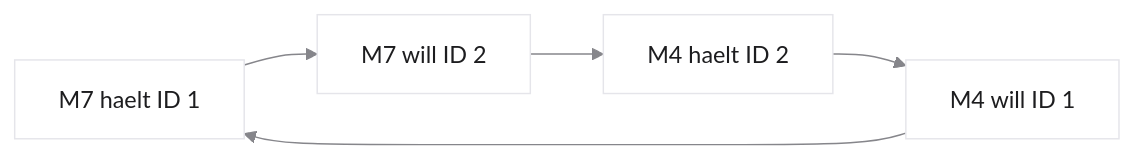
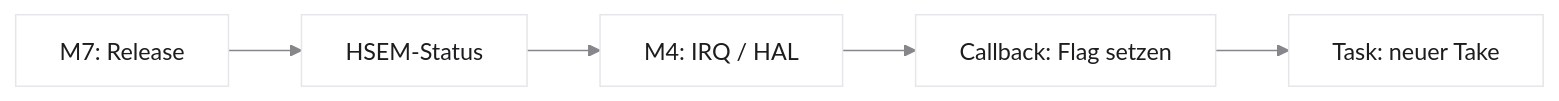
The fourth of 7 diagrams in vorlesungen/08_multicore-synchronisation-safety.qmd (dantschi/echtzeitsysteme), drawn with Mermaid before and after one commit. The commit also changed other lines of this file and 13 other files, not shown here.

````diff
--- a/vorlesungen/08_multicore-synchronisation-safety.qmd
+++ b/vorlesungen/08_multicore-synchronisation-safety.qmd
@@ -424,9 +371,10 @@
 ```{mermaid}
-%%| fig-width: 7.2
-%%{init: {'theme': 'base', 'themeVariables': {'background': '#FFFFFF', 'primaryColor': '#FFFFFF', 'primaryBorderColor': '#E5E5EA', 'primaryTextColor': '#1D1D1F', 'lineColor': '#86868B'}}}%%
+%%| fig-width: 5.4
+%%{init: {'theme':'base','htmlLabels':false,'flowchart':{'htmlLabels':false},'themeVariables':{'background':'#FFFFFF','primaryColor':'#FFFFFF','primaryBorderColor':'#E5E5EA','primaryTextColor':'#1D1D1F','lineColor':'#86868B'}}}%%
 flowchart LR
-  M7["M7 haelt ID 1"] --> W2["M7 will ID 2"]
-  M4["M4 haelt ID 2"] --> W1["M4 will ID 1"]
-  W2 --> M4
-  W1 --> M7
+ A["M7: Release"] --> B["HSEM-Status"]
+ B --> C["M4: IRQ / HAL"]
+ C --> D["Callback: Flag setzen"]
+ D --> E["Task: neuer Take"]
+
 ```
````
